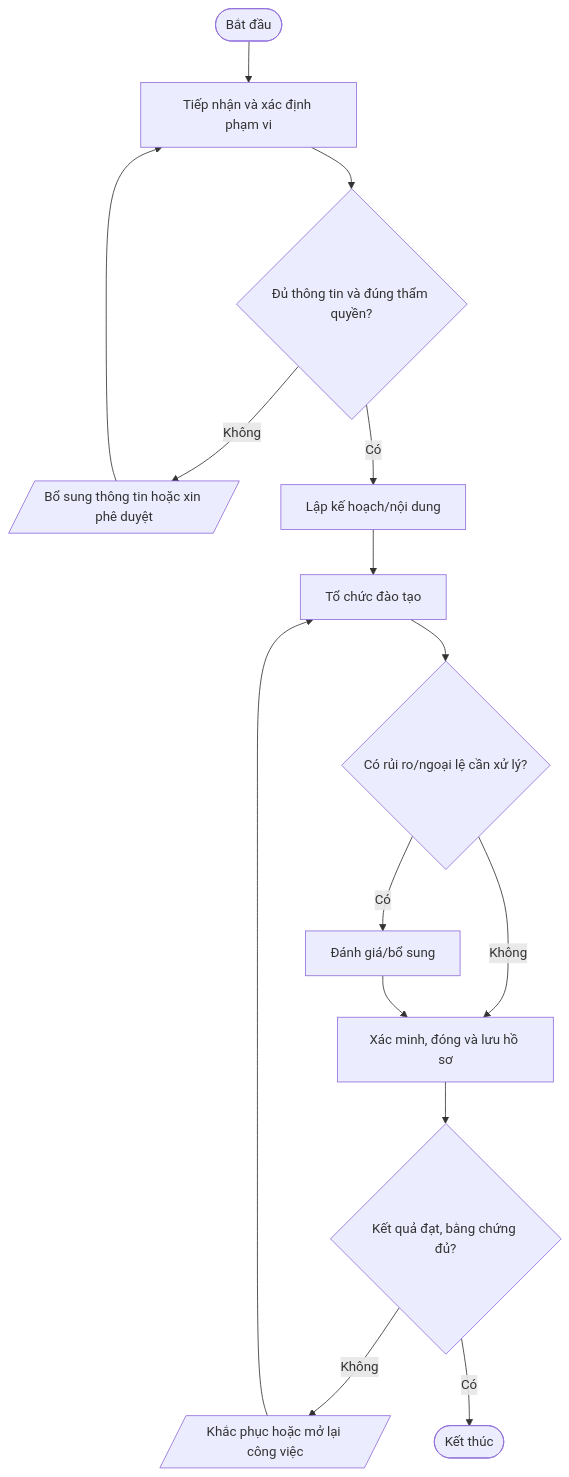
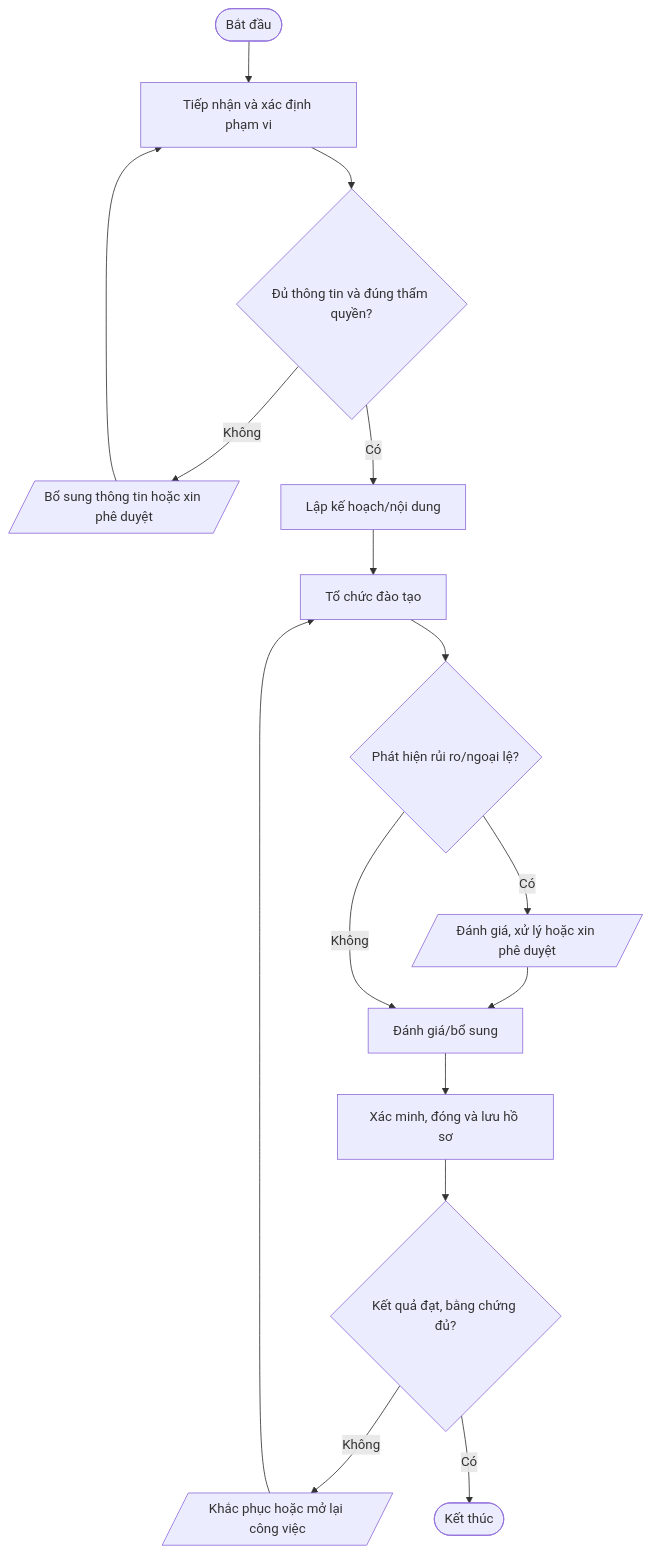
Before and after one commit to daoaigiangnam/Quy_Trinh_Chuan: the fifth of 5 diagrams in quy-trinh/05-Nhan-su/README.md, drawn with Mermaid. The commit also changed other lines of this file, not shown here.

Commit message:
docs: correct procedure flowchart decision paths

````diff
--- a/quy-trinh/05-Nhan-su/README.md
+++ b/quy-trinh/05-Nhan-su/README.md
@@ -403,17 +407,18 @@
 ```mermaid
 flowchart TD
   A([Bắt đầu]) --> S1["Tiếp nhận và xác định phạm vi"]
   S1 --> D1{"Đủ thông tin và đúng thẩm quyền?"}
   D1 -- Không --> F1[/"Bổ sung thông tin hoặc xin phê duyệt"/]
   F1 --> S1
   D1 -- Có --> S2["Lập kế hoạch/nội dung"]
   S2 --> S3["Tổ chức đào tạo"]
-  S3 --> D2{"Có rủi ro/ngoại lệ cần xử lý?"}
-  D2 -- Có --> S4["Đánh giá/bổ sung"]
-  D2 -- Không --> S5["Xác minh, đóng và lưu hồ sơ"]
-  S4 --> S5
+  S3 --> D2{"Phát hiện rủi ro/ngoại lệ?"}
+  D2 -- Có --> RISK[/"Đánh giá, xử lý hoặc xin phê duyệt"/]
+  RISK --> S4["Đánh giá/bổ sung"]
+  D2 -- Không --> S4
+  S4 --> S5["Xác minh, đóng và lưu hồ sơ"]
   S5 --> D3{"Kết quả đạt, bằng chứng đủ?"}
   D3 -- Không --> R[/"Khắc phục hoặc mở lại công việc"/]
   R --> S3
   D3 -- Có --> Z([Kết thúc])
 ```
````
